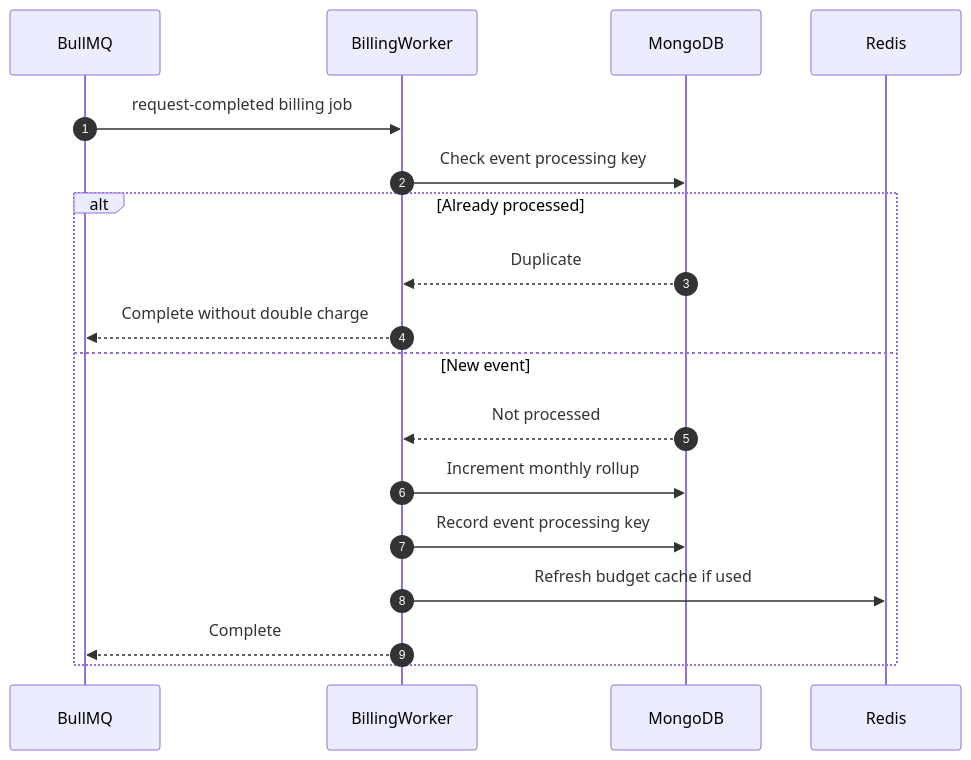
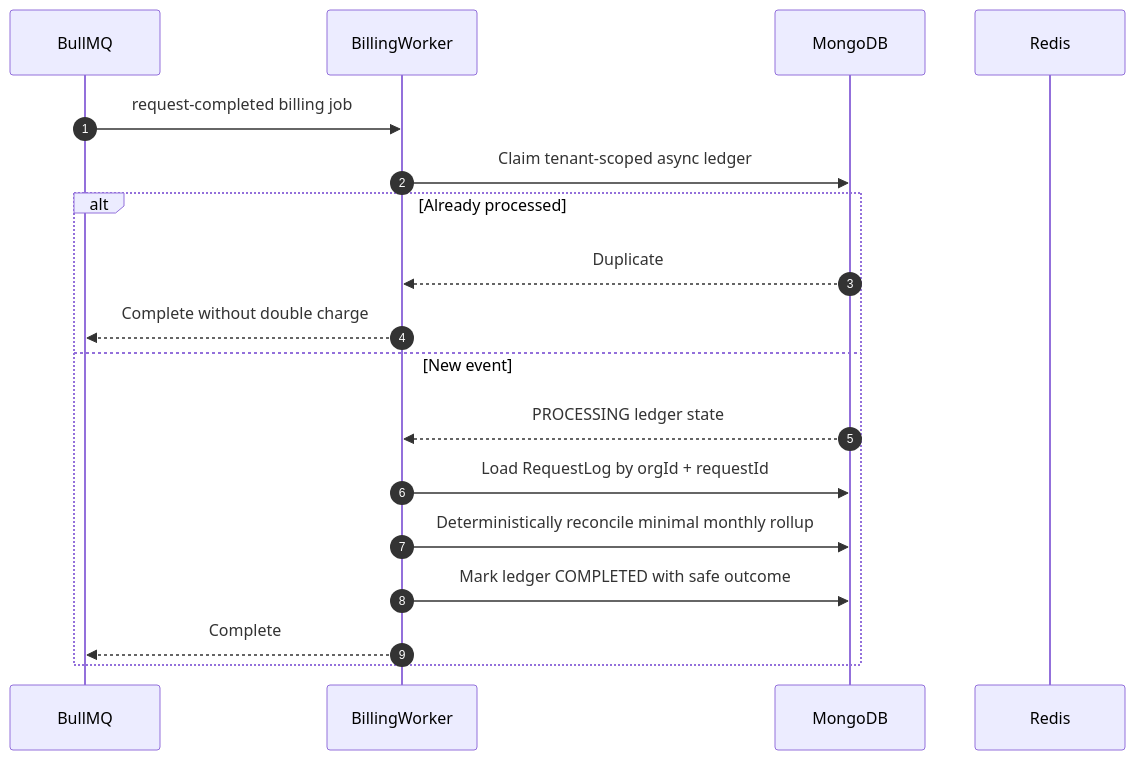
One commit to tarun5004/ProxyAi changed diagram 18 of 37 in docs/12_SEQUENCE_DIAGRAMS.md. Above: the diagram before and after it, drawn with Mermaid. The commit also changed other lines of this file and 10 other files, not shown here.

Commit message:
docs(async): define safe Phase 7 job contracts

````diff
--- a/docs/12_SEQUENCE_DIAGRAMS.md
+++ b/docs/12_SEQUENCE_DIAGRAMS.md
@@ -800,22 +801,22 @@
 ```mermaid
 sequenceDiagram
     autonumber
     participant BullMQ
     participant BillingWorker
     participant MongoDB
     participant Redis
 
     BullMQ->>BillingWorker: request-completed billing job
-    BillingWorker->>MongoDB: Check event processing key
+    BillingWorker->>MongoDB: Claim tenant-scoped async ledger
 
     alt Already processed
         MongoDB-->>BillingWorker: Duplicate
         BillingWorker-->>BullMQ: Complete without double charge
     else New event
-        MongoDB-->>BillingWorker: Not processed
-        BillingWorker->>MongoDB: Increment monthly rollup
-        BillingWorker->>MongoDB: Record event processing key
-        BillingWorker->>Redis: Refresh budget cache if used
+        MongoDB-->>BillingWorker: PROCESSING ledger state
+        BillingWorker->>MongoDB: Load RequestLog by orgId + requestId
+        BillingWorker->>MongoDB: Deterministically reconcile minimal monthly rollup
+        BillingWorker->>MongoDB: Mark ledger COMPLETED with safe outcome
         BillingWorker-->>BullMQ: Complete
     end
 ```
````
